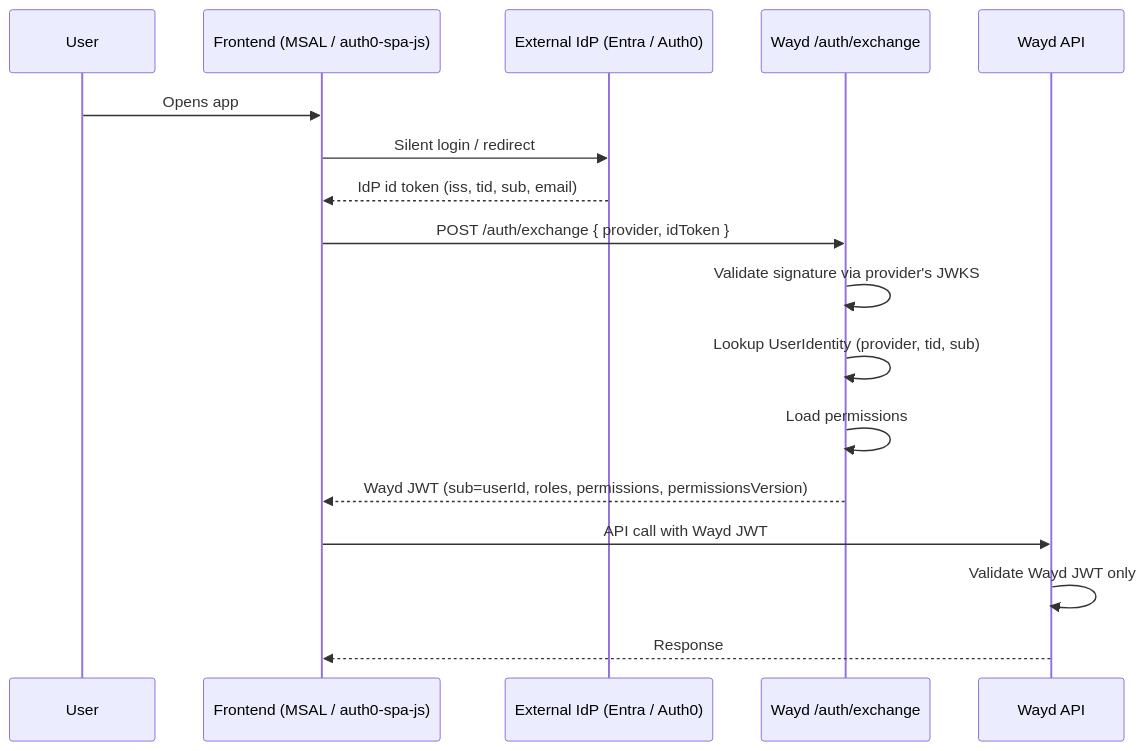
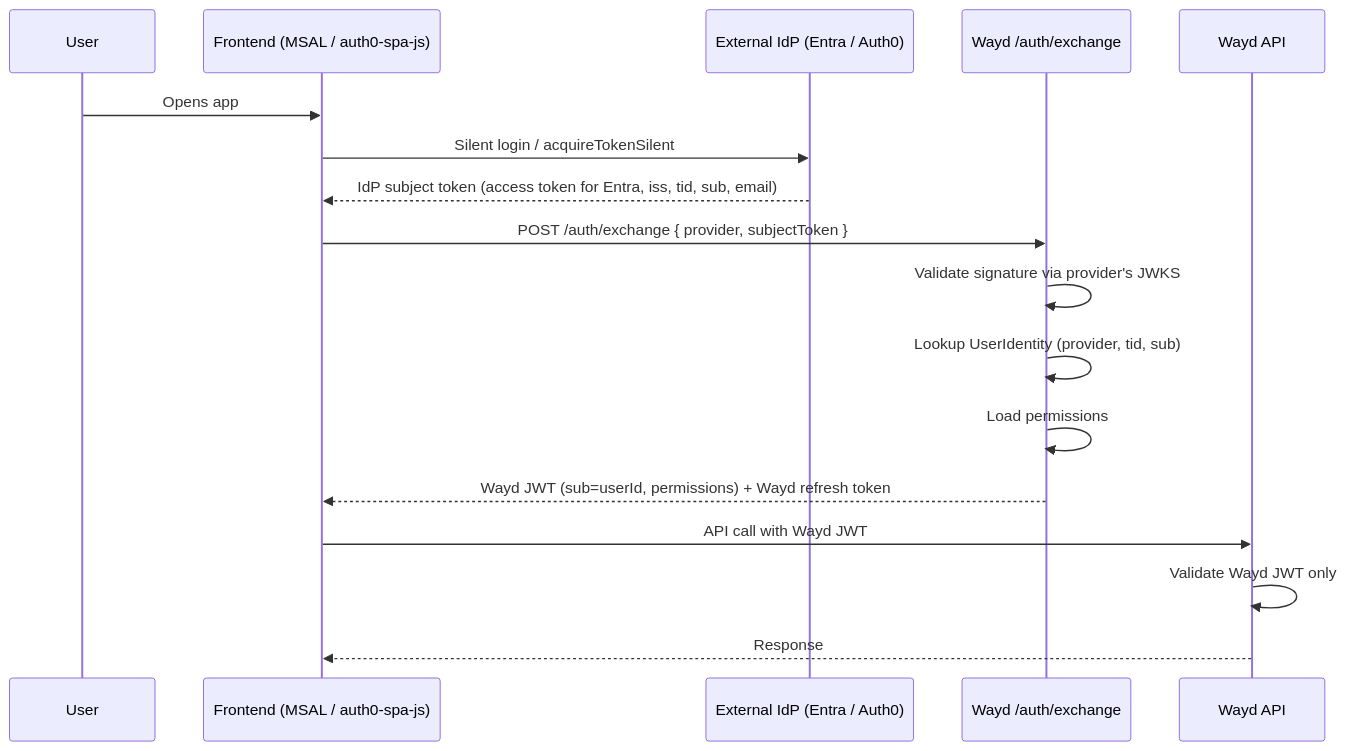
One commit to destacey/Moda changed the second of 2 diagrams in docs/contributing/specs/identity-model-refactor.mdx. Above: the diagram before and after it, drawn with Mermaid. The commit also changed other lines of this file and 9 other files, not shown here.

Commit message:
Update token exchange flow to use subject token instead of id token

````diff
--- a/docs/contributing/specs/identity-model-refactor.mdx
+++ b/docs/contributing/specs/identity-model-refactor.mdx
@@ -160,20 +160,20 @@
 ```mermaid
 sequenceDiagram
     participant U as User
     participant F as Frontend (MSAL / auth0-spa-js)
     participant E as External IdP (Entra / Auth0)
     participant X as Wayd /auth/exchange
     participant A as Wayd API
 
     U->>F: Opens app
-    F->>E: Silent login / redirect
-    E-->>F: IdP id token (iss, tid, sub, email)
-    F->>X: POST /auth/exchange { provider, idToken }
+    F->>E: Silent login / acquireTokenSilent
+    E-->>F: IdP subject token (access token for Entra, iss, tid, sub, email)
+    F->>X: POST /auth/exchange { provider, subjectToken }
     X->>X: Validate signature via provider's JWKS
     X->>X: Lookup UserIdentity (provider, tid, sub)
     X->>X: Load permissions
-    X-->>F: Wayd JWT (sub=userId, roles, permissions, permissionsVersion)
+    X-->>F: Wayd JWT (sub=userId, permissions) + Wayd refresh token
     F->>A: API call with Wayd JWT
     A->>A: Validate Wayd JWT only
     A-->>F: Response
 ```
````
